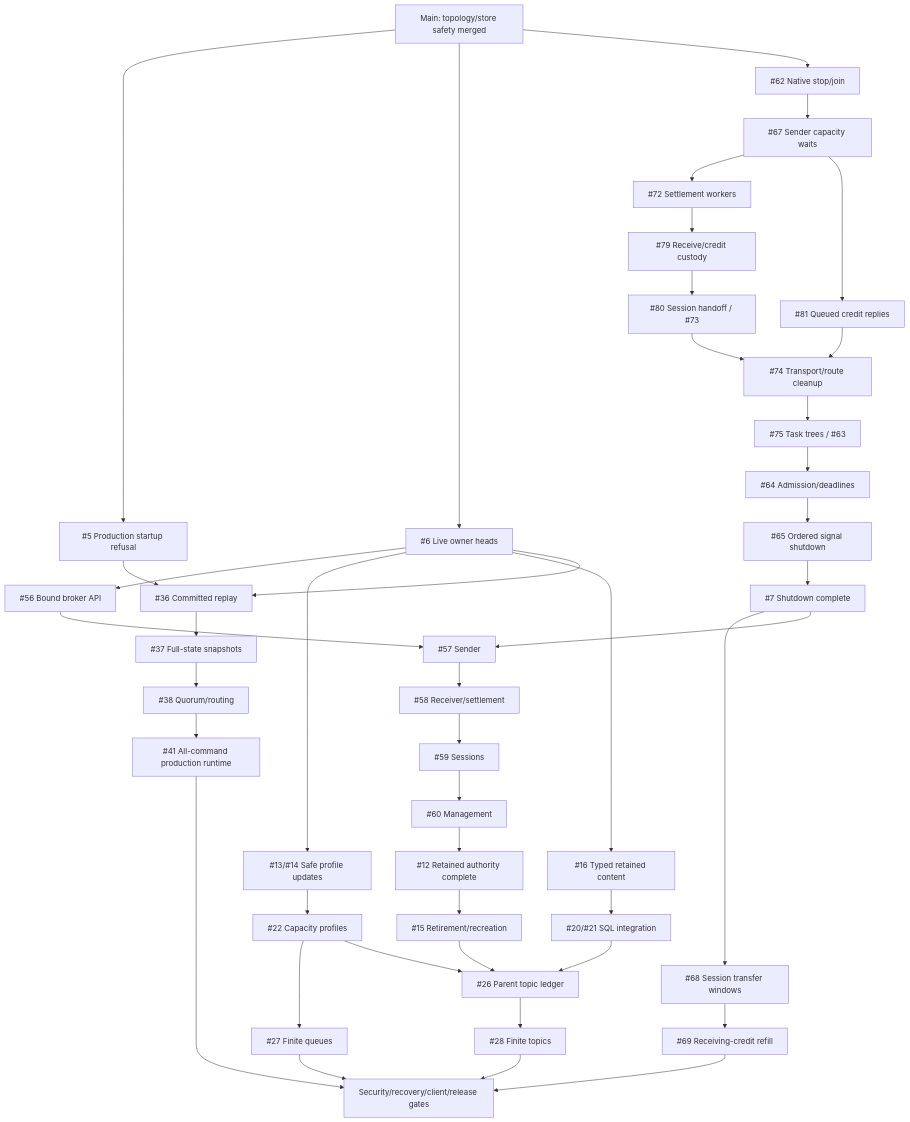
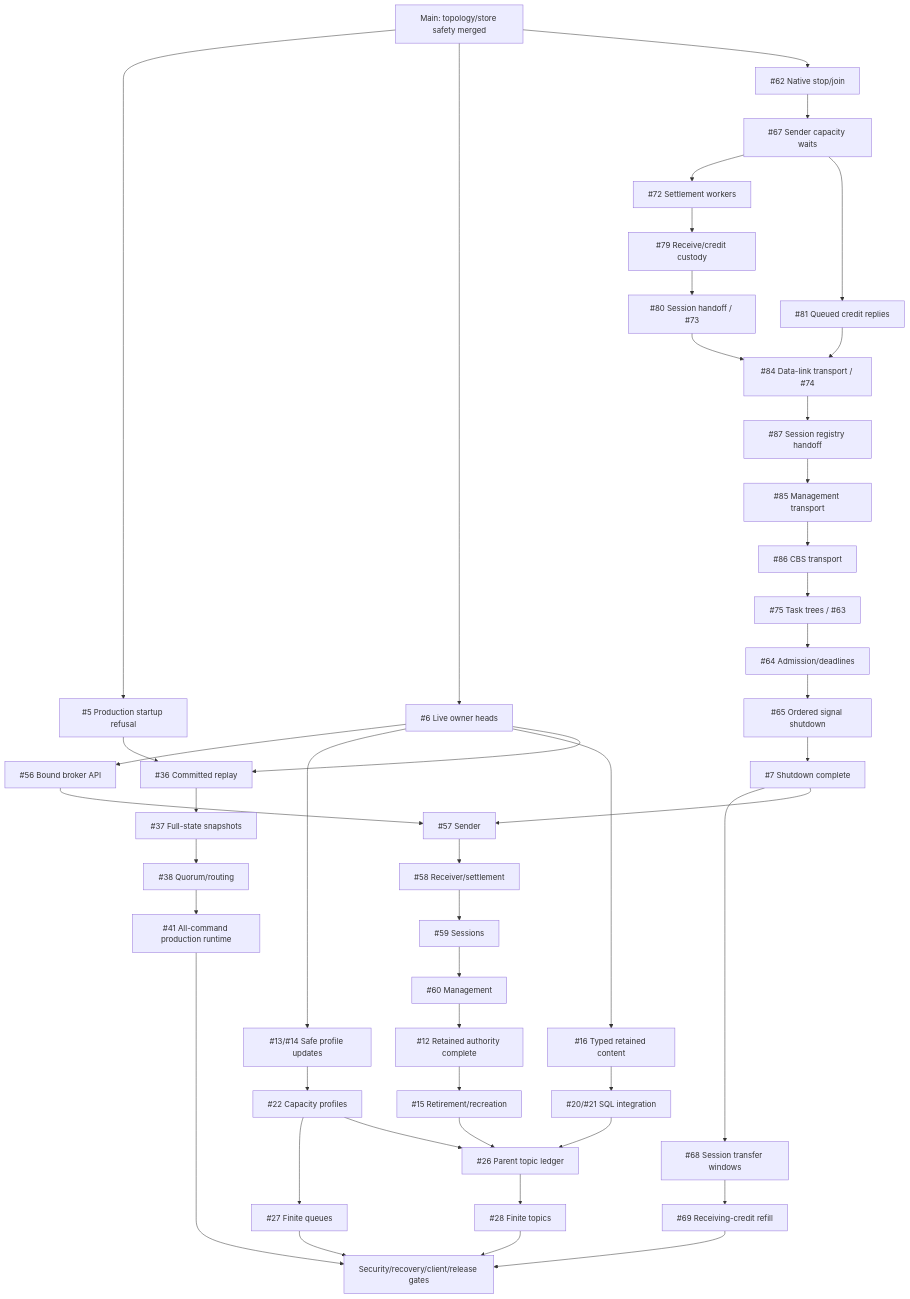
The diagram in docs/roadmap.md (DeandreT/switchyard), drawn with Mermaid before and after one commit. The commit also changed other lines of this file and 8 other files, not shown here.

First line of the commit message:
fix(protocol-amqp): retain original session attach handoffs

````diff
--- a/docs/roadmap.md
+++ b/docs/roadmap.md
@@ -51,45 +52,48 @@
 ```mermaid
 flowchart TD
     Main["Main: topology/store safety merged"] --> Guard["#5 Production startup refusal"]
     Main --> Owners["#6 Live owner heads"]
     Owners --> Core["#56 Bound broker API"]
     Core --> Sender["#57 Sender"]
     Main --> Native["#62 Native stop/join"]
     Native --> Permits["#67 Sender capacity waits"]
     Permits --> Settlement["#72 Settlement workers"]
     Settlement --> Receive["#79 Receive/credit custody"]
     Receive --> Acquisition["#80 Session handoff / #73"]
     Permits --> CreditReply["#81 Queued credit replies"]
-    CreditReply --> Transport
-    Acquisition --> Transport["#74 Transport/route cleanup"]
-    Transport --> Protocol["#75 Task trees / #63"]
+    CreditReply --> DataTransport
+    Acquisition --> DataTransport["#84 Data-link transport / #74"]
+    DataTransport --> Registry["#87 Session registry handoff"]
+    Registry --> ManagementTransport["#85 Management transport"]
+    ManagementTransport --> CbsTransport["#86 CBS transport"]
+    CbsTransport --> Protocol["#75 Task trees / #63"]
     Protocol --> Admission["#64 Admission/deadlines"]
     Admission --> Signals["#65 Ordered signal shutdown"]
     Signals --> Shutdown["#7 Shutdown complete"]
     Shutdown --> Windows["#68 Session transfer windows"]
     Windows --> Refill["#69 Receiving-credit refill"]
     Refill --> Gates
     Shutdown --> Sender
     Sender --> Receiver["#58 Receiver/settlement"]
     Receiver --> Sessions["#59 Sessions"]
     Sessions --> Management["#60 Management"]
     Management --> Bindings["#12 Retained authority complete"]
     Bindings --> Delete["#15 Retirement/recreation"]
     Owners --> Profiles["#13/#14 Safe profile updates"]
     Owners --> Content["#16 Typed retained content"]
     Content --> SQL["#20/#21 SQL integration"]
     Profiles --> Modes["#22 Capacity profiles"]
     Modes --> Queue["#27 Finite queues"]
     Modes --> Ledger["#26 Parent topic ledger"]
     SQL --> Ledger
     Delete --> Ledger
     Ledger --> Topic["#28 Finite topics"]
     Guard --> Log["#36 Committed replay"]
     Owners --> Log
     Log --> Snapshot["#37 Full-state snapshots"]
     Snapshot --> Quorum["#38 Quorum/routing"]
     Quorum --> Runtime["#41 All-command production runtime"]
     Runtime --> Gates["Security/recovery/client/release gates"]
     Topic --> Gates
     Queue --> Gates
 ```
````
